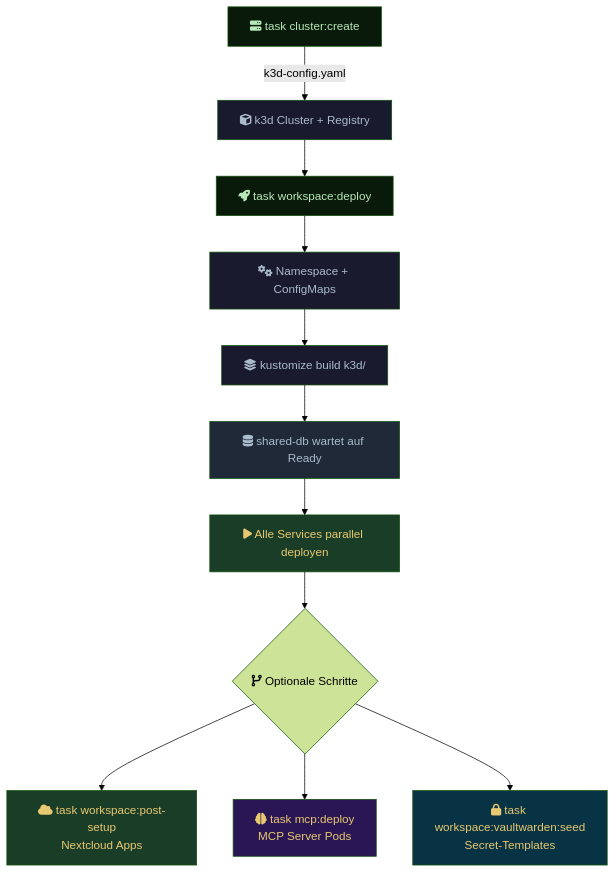
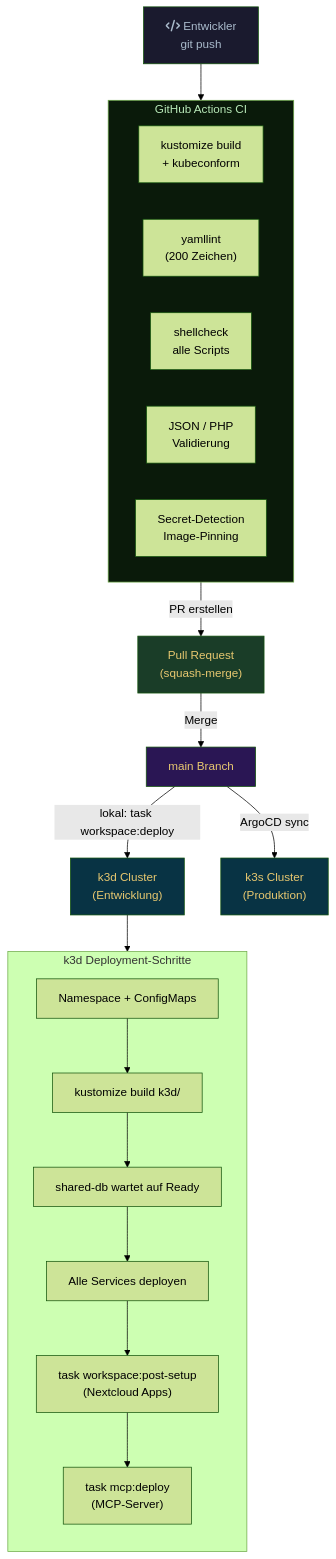
The fifth of 5 diagrams in k3d/docs-content/architecture.md (Paddione/Bachelorprojekt), drawn with Mermaid (forest theme) before and after one commit. The commit also changed other lines of this file, not shown here.

First line of the commit message:
docs: rewrite architecture documentation

````diff
--- a/k3d/docs-content/architecture.md
+++ b/k3d/docs-content/architecture.md
@@ -570,25 +387,37 @@
 ```mermaid
 flowchart TD
-    A["fa:fa-server task cluster:create"] -->|k3d-config.yaml| B["fa:fa-cube k3d Cluster + Registry"]
-    B --> C["fa:fa-rocket task workspace:deploy"]
-    C --> D["fa:fa-cogs Namespace + ConfigMaps"]
-    D --> E["fa:fa-layer-group kustomize build k3d/"]
-    E --> F["fa:fa-database shared-db wartet auf Ready"]
-    F --> G["fa:fa-play Alle Services parallel deployen"]
-    G --> H{"fa:fa-code-branch Optionale Schritte"}
+    DEV["fa:fa-code Entwickler\ngit push"] --> CI
 
-    H --> I["fa:fa-cloud task workspace:post-setup<br/>Nextcloud Apps"]
-    H --> J["fa:fa-brain task mcp:deploy<br/>MCP Server Pods"]
-    H --> M["fa:fa-lock task workspace:vaultwarden:seed<br/>Secret-Templates"]
+    subgraph CI ["GitHub Actions CI"]
+        direction LR
+        KUST["kustomize build\n+ kubeconform"]
+        YAML["yamllint\n(200 Zeichen)"]
+        SHELL["shellcheck\nalle Scripts"]
+        JSON["JSON / PHP\nValidierung"]
+        SEC["Secret-Detection\nImage-Pinning"]
+    end
 
-    style A fill:#0a1a0a,color:#b8e8b8
-    style B fill:#1a1a2e,color:#aabbcc
-    style C fill:#0a1a0a,color:#b8e8b8
-    style D fill:#1a1a2e,color:#aabbcc
-    style E fill:#1a1a2e,color:#aabbcc
-    style F fill:#1f2937,color:#aabbcc
-    style G fill:#1a3d28,color:#e8c870
-    style I fill:#1a3d28,color:#e8c870
-    style J fill:#2a1654,color:#e8c870
-    style M fill:#083344,color:#e8c870
+    CI -->|"PR erstellen"| PR["Pull Request\n(squash-merge)"]
+    PR -->|"Merge"| MAIN["main Branch"]
+
+    MAIN -->|"lokal: task workspace:deploy"| K3D["k3d Cluster\n(Entwicklung)"]
+    MAIN -->|"ArgoCD sync"| PROD["k3s Cluster\n(Produktion)"]
+
+    subgraph K3D_STEPS ["k3d Deployment-Schritte"]
+        direction TB
+        S1["Namespace + ConfigMaps"] --> S2["kustomize build k3d/"]
+        S2 --> S3["shared-db wartet auf Ready"]
+        S3 --> S4["Alle Services deployen"]
+        S4 --> S5["task workspace:post-setup\n(Nextcloud Apps)"]
+        S5 --> S6["task mcp:deploy\n(MCP-Server)"]
+    end
+
+    K3D --> K3D_STEPS
+
+    style DEV fill:#1a1a2e,color:#aabbcc
+    style CI fill:#0a1a0a,color:#b8e8b8
+    style PR fill:#1a3d28,color:#e8c870
+    style MAIN fill:#2a1654,color:#e8c870
+    style K3D fill:#083344,color:#e8c870
+    style PROD fill:#083344,color:#e8c870
 ```
````
